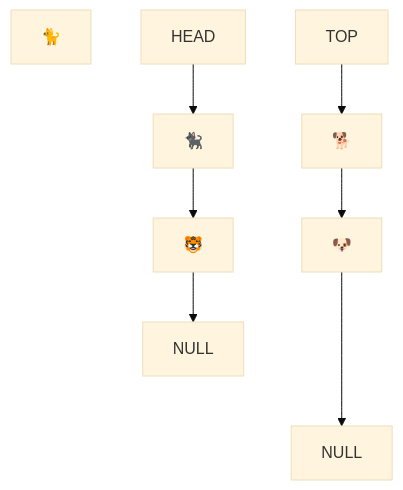
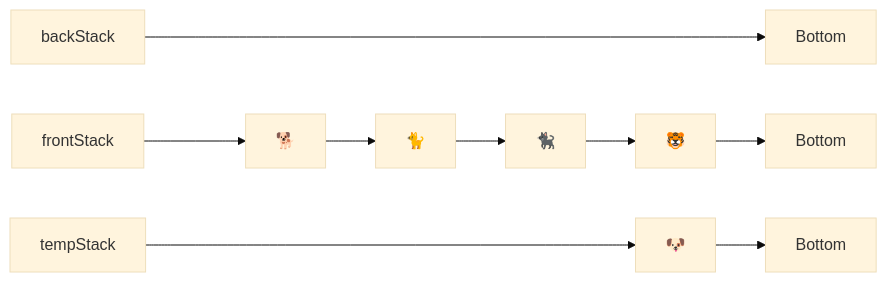
One commit to rmccrear/data-structures-and-algorithms changed the sixth of 17 diagrams in javascript/code-challenges/stack-queue-animal-shelter/README.md. Above: the diagram before and after it, drawn with Mermaid (base theme). The commit also changed other lines of this file and 1 other file, not shown here.

Commit message:
update README for stack-queue-animal-shelter using 3 stacks

````diff
--- a/javascript/code-challenges/stack-queue-animal-shelter/README.md
+++ b/javascript/code-challenges/stack-queue-animal-shelter/README.md
@@ -41,7 +72,9 @@
 ```mermaid
-    graph
-    C["🐈"]
-    HEAD[HEAD] --> D["🐈‍⬛"]-->E["🐯"] --> TAIL[NULL]
 
-    HEAD2[TOP]-->B["🐕"]-->A["🐶"]--->TAIL2[NULL]
+    graph LR
+
+    BACK_STACK[backStack] -------> BACK_BACK_STACK[Bottom]
+    FRONT_STACK[frontStack] --->B["🐕"]-->C["🐈"] --> D["🐈‍⬛"]-->E["🐯"] --> FRONT_BACK_STACK[Bottom]
+    TEMP_STACK[tempStack] ------> A["🐶"] --> BACK_TEMP_STACK[Bottom]
+
 ```
````
